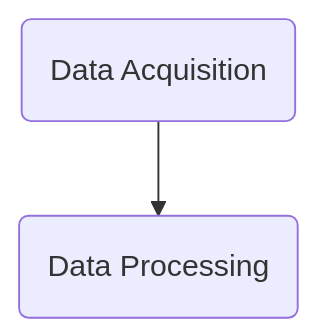
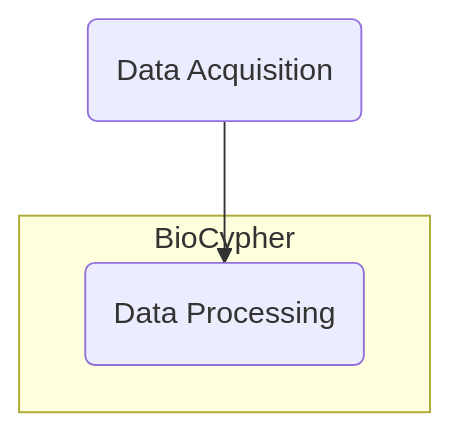
One commit to HealthECCO/community-resources changed the diagram in README.md. Above: the diagram before and after it, drawn with Mermaid.

````diff
--- a/README.md
+++ b/README.md
@@ -4,4 +4,7 @@
 ```mermaid
   graph TD;
       DA(Data Acquisition)-->DP(Data Processing);
+      subgraph BioCypher
+        DP
+    end
 ```
````
